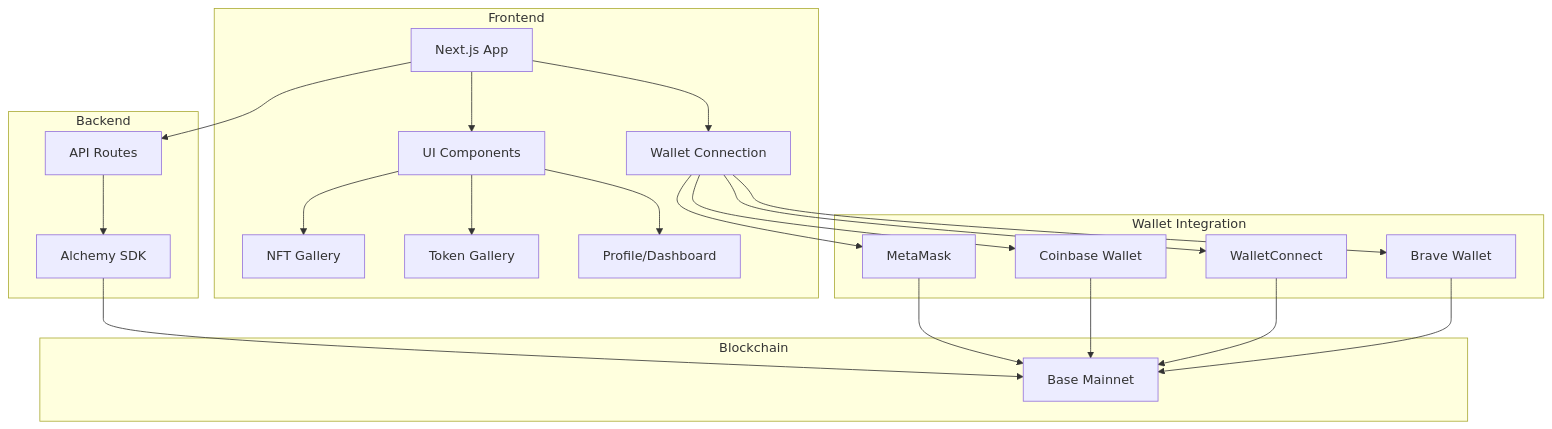
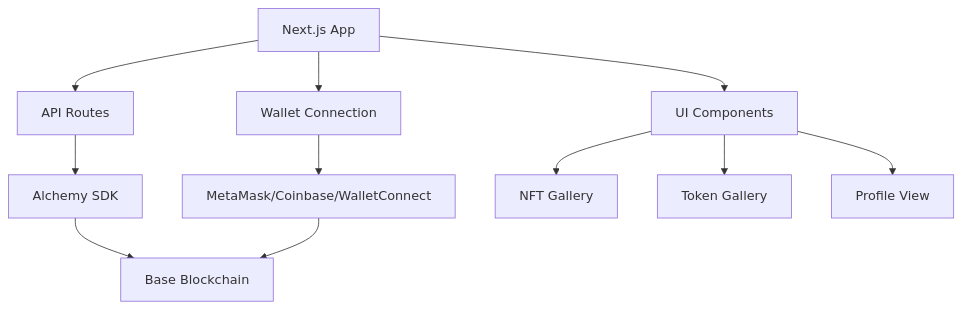
Before and after one commit to MBrassey/base.brassey.io: the diagram in README.md, drawn with Mermaid.

Commit message:
: updates.

````diff
--- a/README.md
+++ b/README.md
@@ -7,27 +7,15 @@
 ```mermaid
-graph TD
-    subgraph "Frontend"
-        A[Next.js App] --> B[Wallet Connection]
-        A --> C[UI Components]
-        C --> D[NFT Gallery]
-        C --> E[Token Gallery]
-        C --> F[Profile/Dashboard]
-    end
+graph TB
+    A[Next.js App] --> B[API Routes]
+    B --> C[Alchemy SDK]
+    C --> D[Base Blockchain]
     
-    subgraph "Wallet Integration"
-        B --> G[MetaMask]
-        B --> H[Coinbase Wallet]
-        B --> I[WalletConnect]
-        B --> J[Brave Wallet]
-    end
+    A --> E[Wallet Connection]
+    E --> F[MetaMask/Coinbase/WalletConnect]
+    F --> D
     
-    subgraph "Backend"
-        A --> K[API Routes]
-        K --> L[Alchemy SDK]
-    end
-    
-    subgraph "Blockchain"
-        L --> M[Base Mainnet]
-        G & H & I & J --> M
-    end
+    A --> G[UI Components]
+    G --> H[NFT Gallery]
+    G --> I[Token Gallery]
+    G --> J[Profile View]
 ```
````
